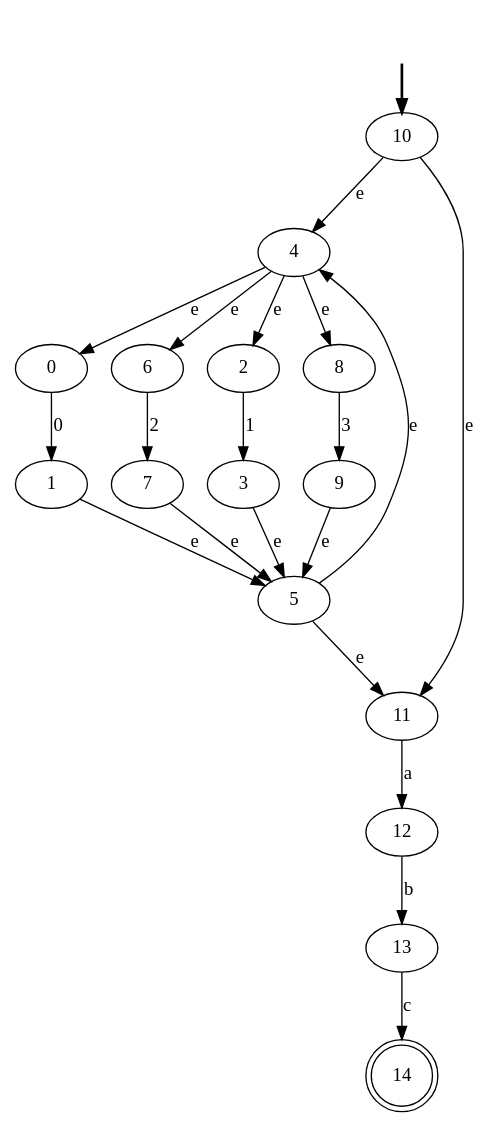
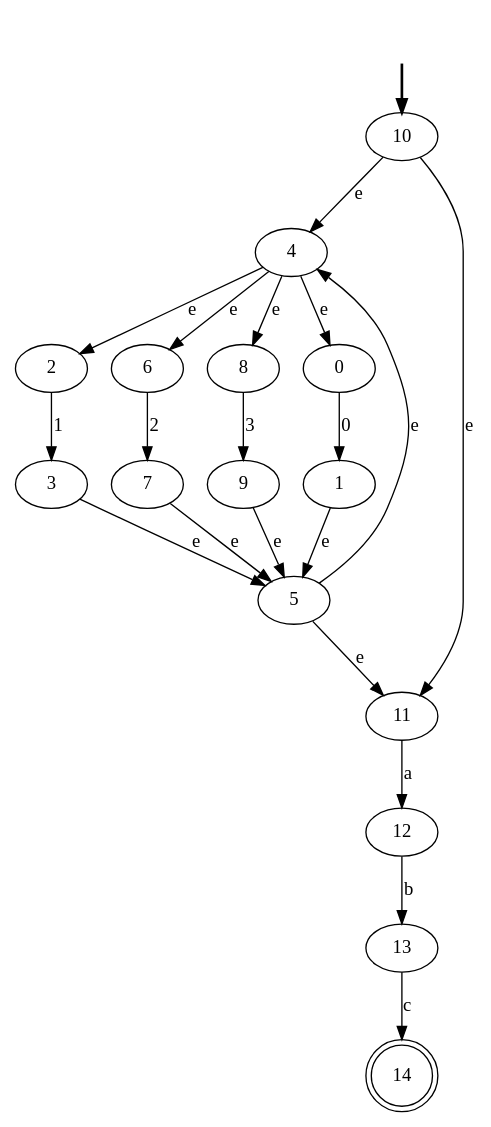
One commit to maupeon/Compiladores changed the diagram in Tarea 1/output_NFA.dot. Above: the diagram before and after it, drawn with Graphviz. The commit also changed other lines of this file and 5 other files, not shown here.

```diff
--- a/Tarea 1/output_NFA.dot
+++ b/Tarea 1/output_NFA.dot
@@ -1,38 +1,38 @@
 digraph {
 	fake0 [style=invisible]
-	9
+	14 [shape=doublecircle]
+	3
+	2
+	6
 	10 [root=true]
-	14 [shape=doublecircle]
+	4
+	8
+	11
 	0
 	12
-	6
-	2
-	4
-	3
-	8
+	9
 	5
-	11
 	7
 	1
 	13
 	fake0 -> 10 [style=bold]
 	0 -> 1 [label=0]
 	2 -> 3 [label=1]
+	4 -> 0 [label=e]
+	4 -> 2 [label=e]
 	4 -> 6 [label=e]
-	4 -> 2 [label=e]
-	4 -> 0 [label=e]
 	4 -> 8 [label=e]
 	1 -> 5 [label=e]
 	3 -> 5 [label=e]
 	6 -> 7 [label=2]
 	7 -> 5 [label=e]
 	8 -> 9 [label=3]
 	9 -> 5 [label=e]
 	10 -> 4 [label=e]
 	10 -> 11 [label=e]
 	5 -> 4 [label=e]
 	5 -> 11 [label=e]
 	11 -> 12 [label=a]
 	12 -> 13 [label=b]
 	13 -> 14 [label=c]
 }
```
